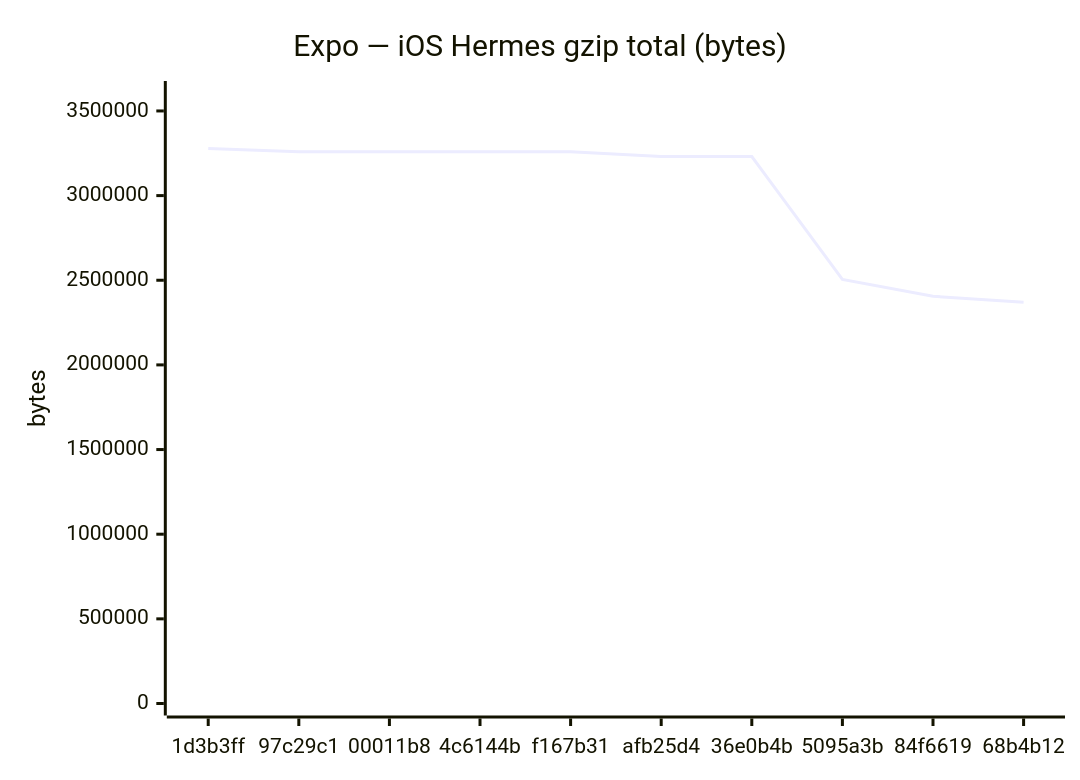
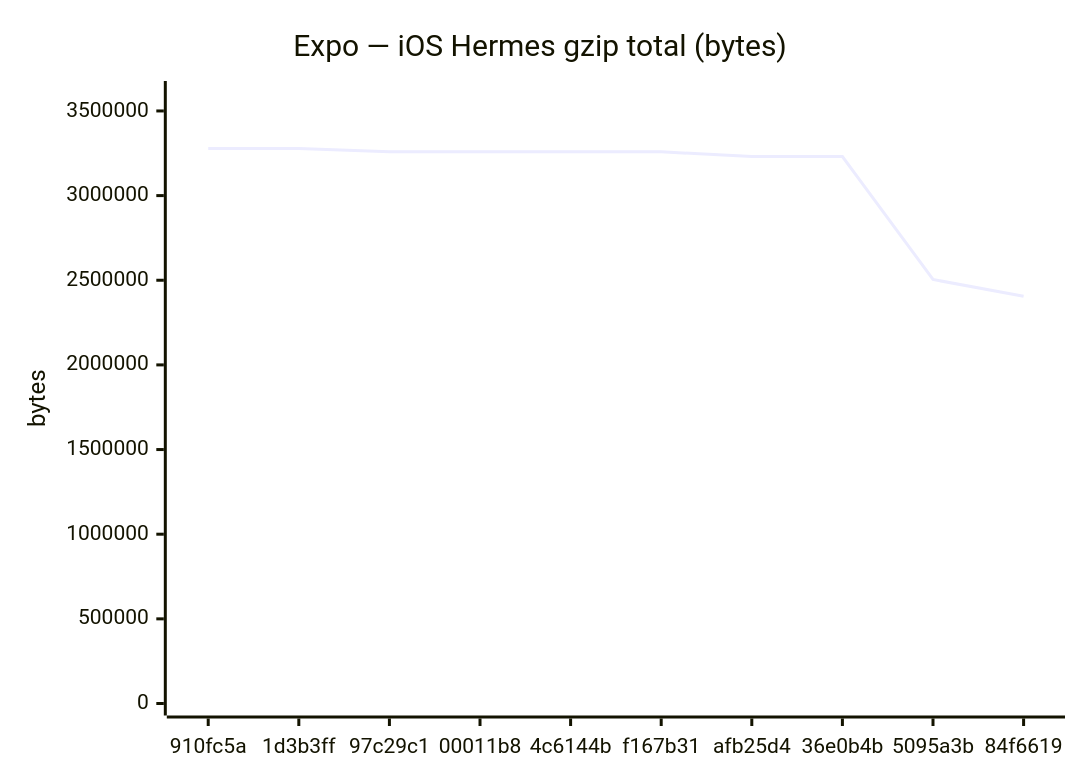
Before and after one commit to Metaheurist/Rianell: the sixth of 18 diagrams in benchmarks/compare.md, drawn with Mermaid. The commit also changed other lines of this file and 11 other files, not shown here.

````diff
--- a/benchmarks/compare.md
+++ b/benchmarks/compare.md
@@ -96,7 +96,7 @@
 ```mermaid
 xychart-beta
     title "Expo — iOS Hermes gzip total (bytes)"
-    x-axis ["1d3b3ff", "97c29c1", "00011b8", "4c6144b", "f167b31", "afb25d4", "36e0b4b", "5095a3b", "84f6619", "68b4b12"]
+    x-axis ["910fc5a", "1d3b3ff", "97c29c1", "00011b8", "4c6144b", "f167b31", "afb25d4", "36e0b4b", "5095a3b", "84f6619"]
     y-axis "bytes" 0 --> 3606018
-    line [3278198, 3258272, 3258276, 3258273, 3258270, 3230867, 3230712, 2504401, 2405024, 2370491]
+    line [3277688, 3278198, 3258272, 3258276, 3258273, 3258270, 3230867, 3230712, 2504401, 2405024]
 ```
````
